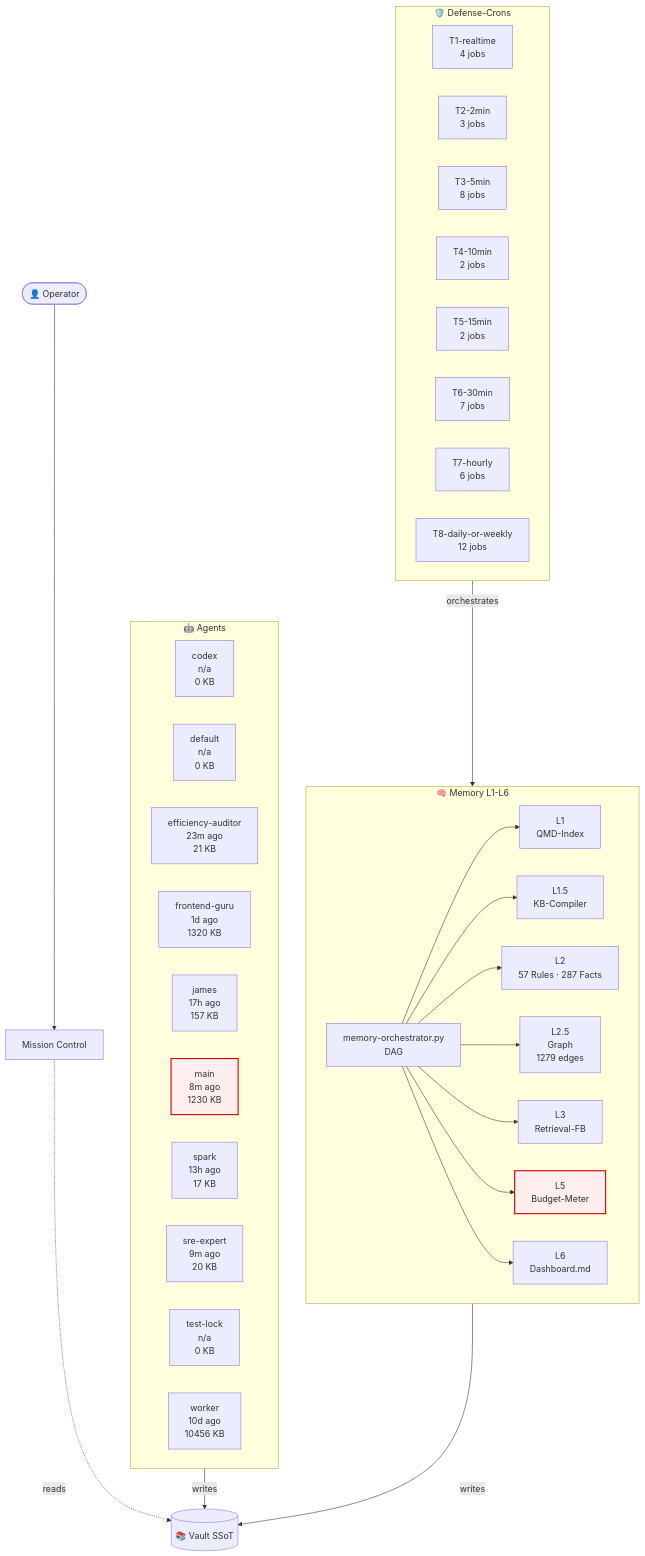
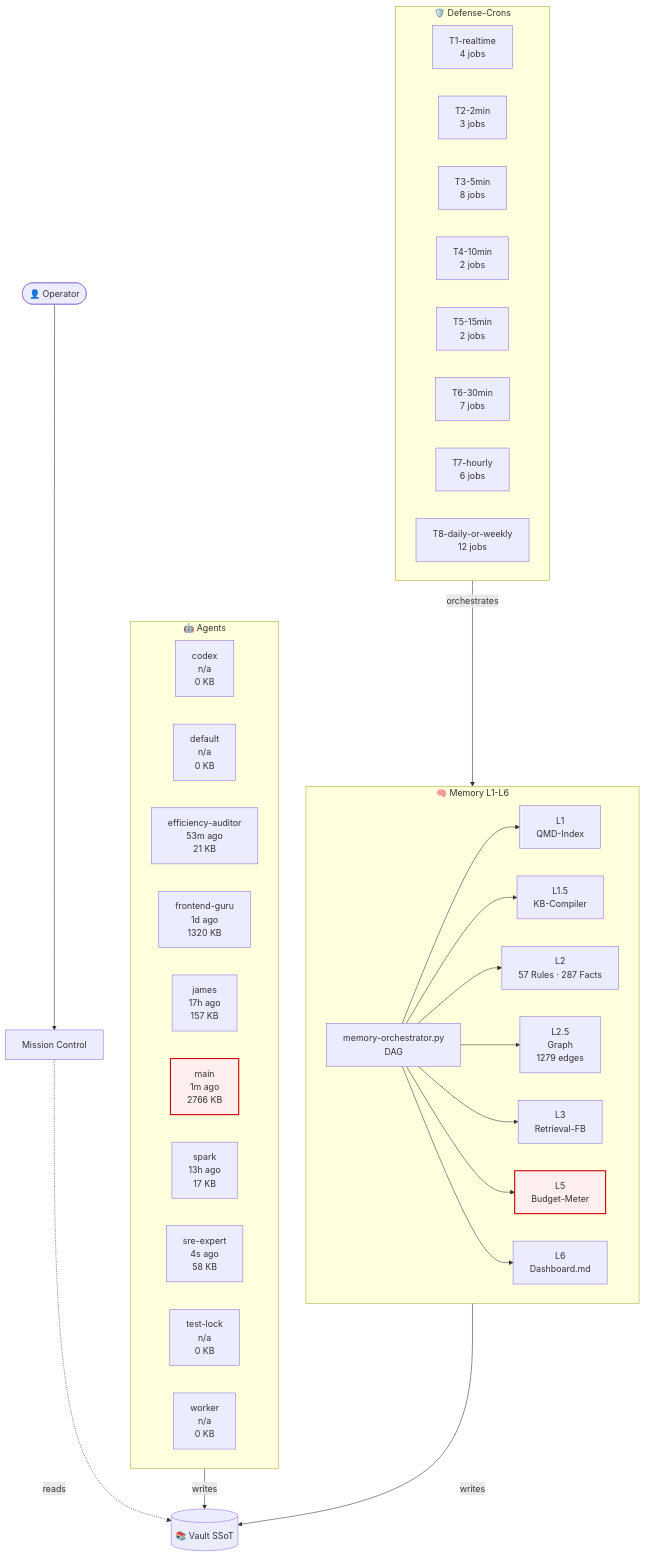
The diagram in 03-Agents/architecture-live.md (lenardhuebner88-rgb/openclaw-memory), drawn with Mermaid before and after one commit. The commit also changed other lines of this file and 6 other files, not shown here.

````diff
--- a/03-Agents/architecture-live.md
+++ b/03-Agents/architecture-live.md
@@ -18,53 +18,53 @@
 ```mermaid
 flowchart TB
     classDef critical fill:#fee,stroke:#c00,stroke-width:2px;
     subgraph AGT["🤖 Agents"]
         agent_codex["codex<br/>n/a<br/>0 KB"]
         agent_default["default<br/>n/a<br/>0 KB"]
-        agent_efficiency_auditor["efficiency-auditor<br/>23m ago<br/>21 KB"]
+        agent_efficiency_auditor["efficiency-auditor<br/>53m ago<br/>21 KB"]
         agent_frontend_guru["frontend-guru<br/>1d ago<br/>1320 KB"]
         agent_james["james<br/>17h ago<br/>157 KB"]
-        agent_main["main<br/>8m ago<br/>1230 KB"]
+        agent_main["main<br/>1m ago<br/>2766 KB"]
         agent_spark["spark<br/>13h ago<br/>17 KB"]
-        agent_sre_expert["sre-expert<br/>9m ago<br/>20 KB"]
+        agent_sre_expert["sre-expert<br/>4s ago<br/>58 KB"]
         agent_test_lock["test-lock<br/>n/a<br/>0 KB"]
-        agent_worker["worker<br/>10d ago<br/>10456 KB"]
+        agent_worker["worker<br/>n/a<br/>0 KB"]
     end
     subgraph MEM["🧠 Memory L1-L6"]
         L1["L1<br/>QMD-Index"]
         L15["L1.5<br/>KB-Compiler"]
         L2["L2<br/>57 Rules · 287 Facts"]
         L25["L2.5<br/>Graph<br/>1279 edges"]
         L3["L3<br/>Retrieval-FB"]
         L5["L5<br/>Budget-Meter"]
         L6["L6<br/>Dashboard.md"]
         ORCH["memory-orchestrator.py<br/>DAG"]
     end
     subgraph CRN["🛡️ Defense-Crons"]
         tier_T1_realtime["T1-realtime<br/>4 jobs"]
         tier_T2_2min["T2-2min<br/>3 jobs"]
         tier_T3_5min["T3-5min<br/>8 jobs"]
         tier_T4_10min["T4-10min<br/>2 jobs"]
         tier_T5_15min["T5-15min<br/>2 jobs"]
         tier_T6_30min["T6-30min<br/>7 jobs"]
         tier_T7_hourly["T7-hourly<br/>6 jobs"]
         tier_T8_daily_or_weekly["T8-daily-or-weekly<br/>12 jobs"]
     end
     VAULT[("📚 Vault SSoT")]
     OP([👤 Operator])
     MC["Mission Control"]
     OP --> MC
     MC -.reads.-> VAULT
     AGT -->|writes| VAULT
     MEM -->|writes| VAULT
     ORCH --> L1
     ORCH --> L15
     ORCH --> L2
     ORCH --> L25
     ORCH --> L3
     ORCH --> L5
     ORCH --> L6
     CRN -->|orchestrates| MEM
     class L5 critical
     class agent_main critical
 ```
````
